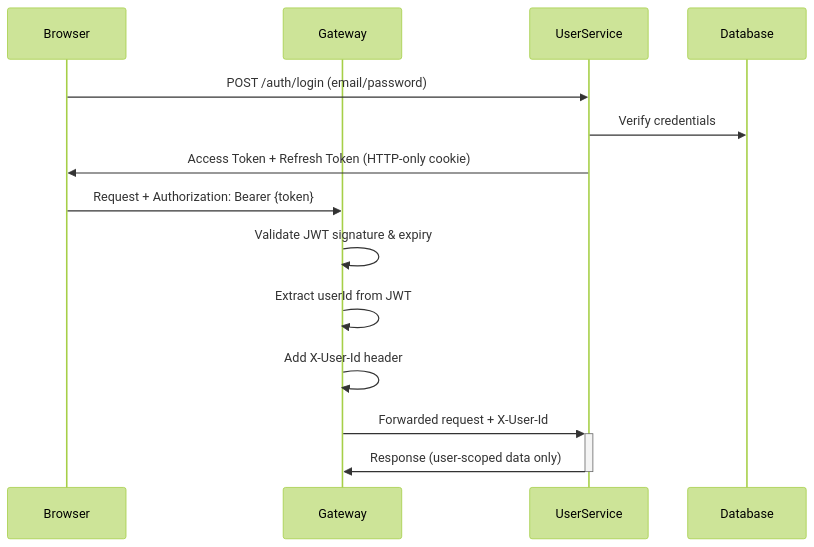
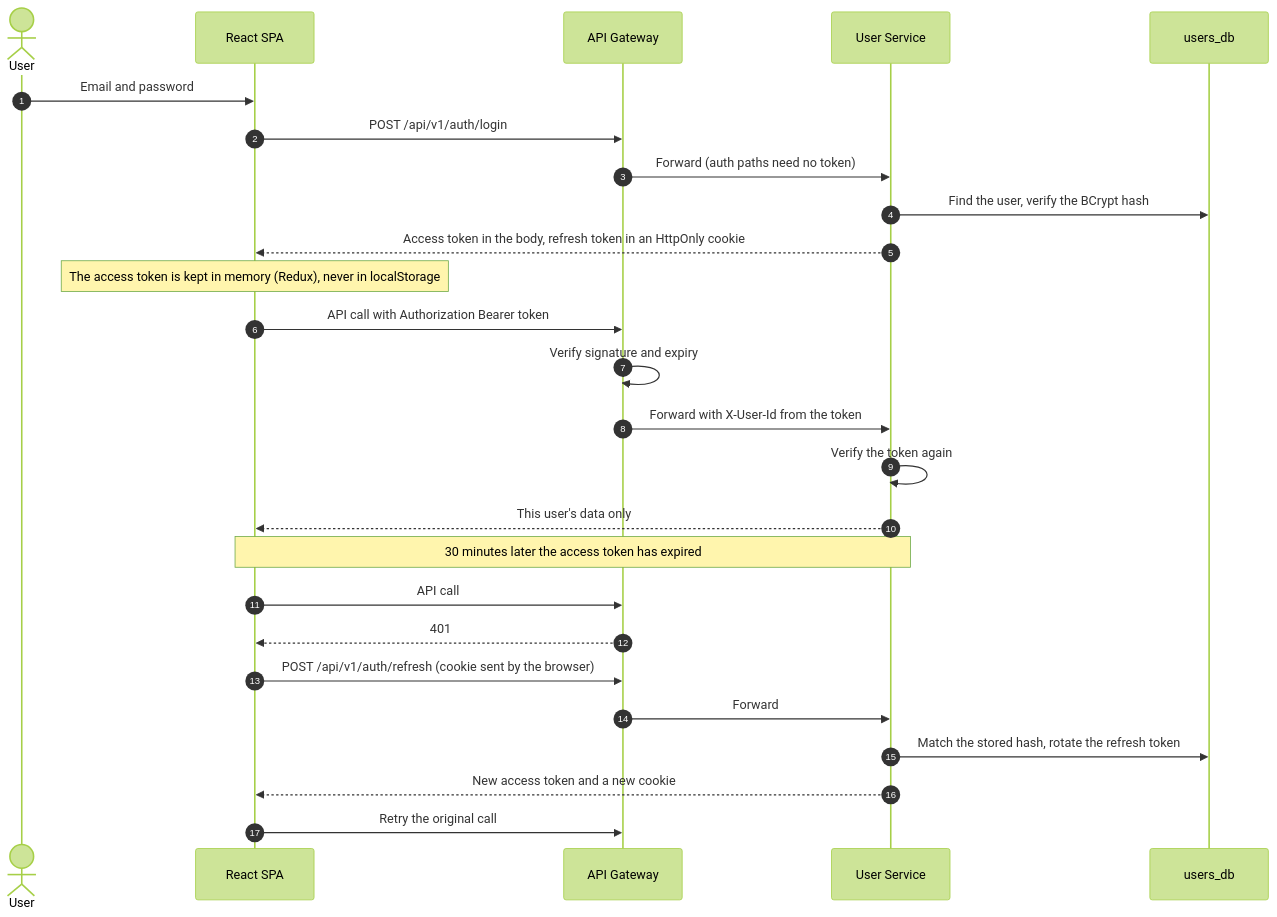
One commit to siddarth-ba-72/Interview-Prep-Pilot-AI changed the third of 8 diagrams in README.md. Above: the diagram before and after it, drawn with Mermaid (forest theme). The commit also changed other lines of this file and 1 other file, not shown here.

````diff
--- a/README.md
+++ b/README.md
@@ -128,18 +285,31 @@
 ```mermaid
 sequenceDiagram
-    participant Browser
-    participant Gateway
-    participant UserService
-    participant Database
+    autonumber
+    actor U as User
+    participant FE as React SPA
+    participant GW as API Gateway
+    participant US as User Service
+    participant DB as users_db
 
-    Browser->>UserService: POST /auth/login (email/password)
-    UserService->>Database: Verify credentials
-    UserService->>Browser: Access Token + Refresh Token (HTTP-only cookie)
-    
-    Browser->>Gateway: Request + Authorization: Bearer {token}
-    Gateway->>Gateway: Validate JWT signature & expiry
-    Gateway->>Gateway: Extract userId from JWT
-    Gateway->>Gateway: Add X-User-Id header
-    Gateway->>+UserService: Forwarded request + X-User-Id
-    UserService->>-Gateway: Response (user-scoped data only)
+    U->>FE: Email and password
+    FE->>GW: POST /api/v1/auth/login
+    GW->>US: Forward (auth paths need no token)
+    US->>DB: Find the user, verify the BCrypt hash
+    US-->>FE: Access token in the body, refresh token in an HttpOnly cookie
+    Note over FE: The access token is kept in memory (Redux), never in localStorage
+
+    FE->>GW: API call with Authorization Bearer token
+    GW->>GW: Verify signature and expiry
+    GW->>US: Forward with X-User-Id from the token
+    US->>US: Verify the token again
+    US-->>FE: This user's data only
+
+    Note over FE,US: 30 minutes later the access token has expired
+    FE->>GW: API call
+    GW-->>FE: 401
+    FE->>GW: POST /api/v1/auth/refresh (cookie sent by the browser)
+    GW->>US: Forward
+    US->>DB: Match the stored hash, rotate the refresh token
+    US-->>FE: New access token and a new cookie
+    FE->>GW: Retry the original call
 ```
````
